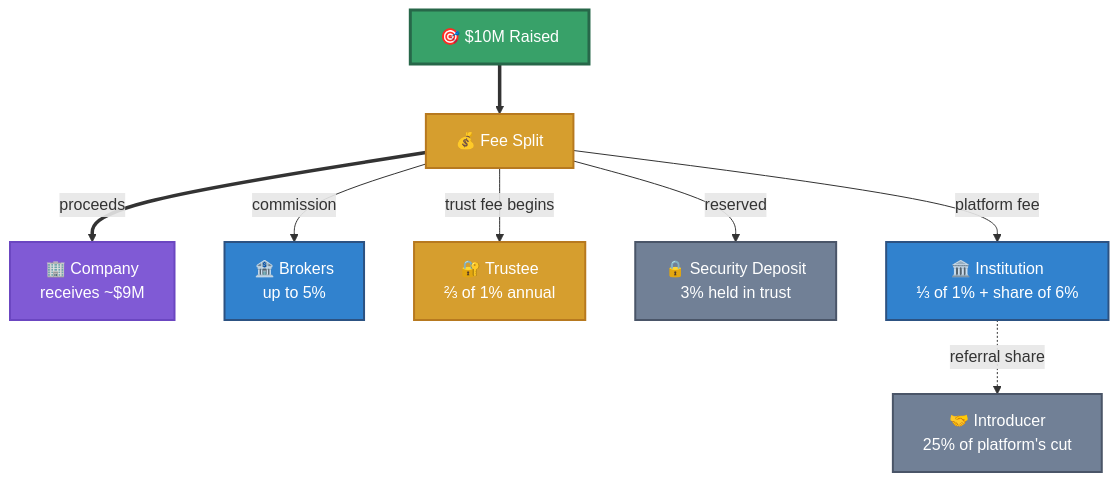
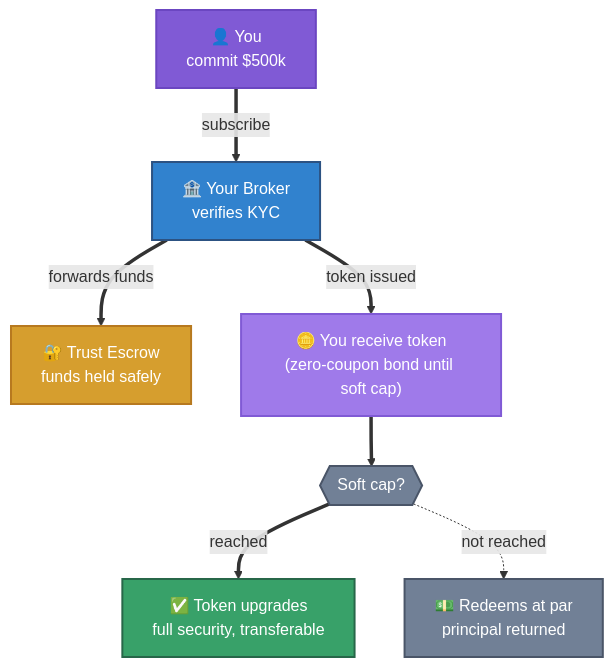
Before and after one commit to hrbrlife/sailsto_website: the eighth of 16 diagrams in hugo-site/content/players.md, drawn with Mermaid. The commit also changed other lines of this file and 89 other files, not shown here.

```diff
--- a/hugo-site/content/players.md
+++ b/hugo-site/content/players.md
@@ -202,26 +383,23 @@
         <div class="mermaid">
         flowchart TD
-            CAP["🎯 $10M Raised"]
-            FEE["💰 Fee Split"]
-            ISS["🏢 Company&lt;br/&gt;receives ~$9M"]
-            BRK["🏦 Brokers&lt;br/&gt;up to 5%"]
-            TRU["🔐 Trustee&lt;br/&gt;⅔ of 1% annual"]
-            DEP["🔒 Security Deposit&lt;br/&gt;3% held in trust"]
-            PLT["🏛️ Institution&lt;br/&gt;⅓ of 1% + share of 6%"]
-            INT["🤝 Introducer&lt;br/&gt;25% of platform's cut"]
-            CAP ==> FEE
-            FEE ==>|"proceeds"| ISS
-            FEE -->|"commission"| BRK
-            FEE -->|"trust fee begins"| TRU
-            FEE -->|"reserved"| DEP
-            FEE -->|"platform fee"| PLT
-            PLT -.->|"referral share"| INT
-            style CAP fill:#38a169,color:#fff,stroke:#276749,stroke-width:3px
-            style FEE fill:#d69e2e,color:#fff,stroke:#b7791f,stroke-width:2px
-            style ISS fill:#805ad5,color:#fff,stroke:#6b46c1,stroke-width:2px
+            YOU["👤 You&lt;br/&gt;commit $500k"]
+            BRK["🏦 Your Broker&lt;br/&gt;verifies KYC"]
+            ESC["🔐 Trust Escrow&lt;br/&gt;funds held safely"]
+            TOK["🪙 You receive token&lt;br/&gt;(zero-coupon bond until soft cap)"]
+            CAP{{"Soft cap?"}}
+            LIVE["✅ Token upgrades&lt;br/&gt;full security, transferable"]
+            REF["💵 Redeems at par&lt;br/&gt;principal returned"]
+            YOU ==>|"subscribe"| BRK
+            BRK ==>|"forwards funds"| ESC
+            BRK ==>|"token issued"| TOK
+            TOK ==> CAP
+            CAP ==>|"reached"| LIVE
+            CAP -.->|"not reached"| REF
+            style YOU fill:#805ad5,color:#fff,stroke:#6b46c1,stroke-width:2px
             style BRK fill:#3182ce,color:#fff,stroke:#2c5282,stroke-width:2px
-            style TRU fill:#d69e2e,color:#fff,stroke:#b7791f,stroke-width:2px
-            style DEP fill:#718096,color:#fff,stroke:#4a5568,stroke-width:2px
-            style PLT fill:#3182ce,color:#fff,stroke:#2c5282,stroke-width:2px
-            style INT fill:#718096,color:#fff,stroke:#4a5568,stroke-width:2px
+            style ESC fill:#d69e2e,color:#fff,stroke:#b7791f,stroke-width:2px
+            style TOK fill:#9f7aea,color:#fff,stroke:#805ad5,stroke-width:2px
+            style CAP fill:#718096,color:#fff,stroke:#4a5568,stroke-width:2px
+            style LIVE fill:#38a169,color:#fff,stroke:#276749,stroke-width:2px
+            style REF fill:#718096,color:#fff,stroke:#4a5568,stroke-width:2px
         </div>
```
